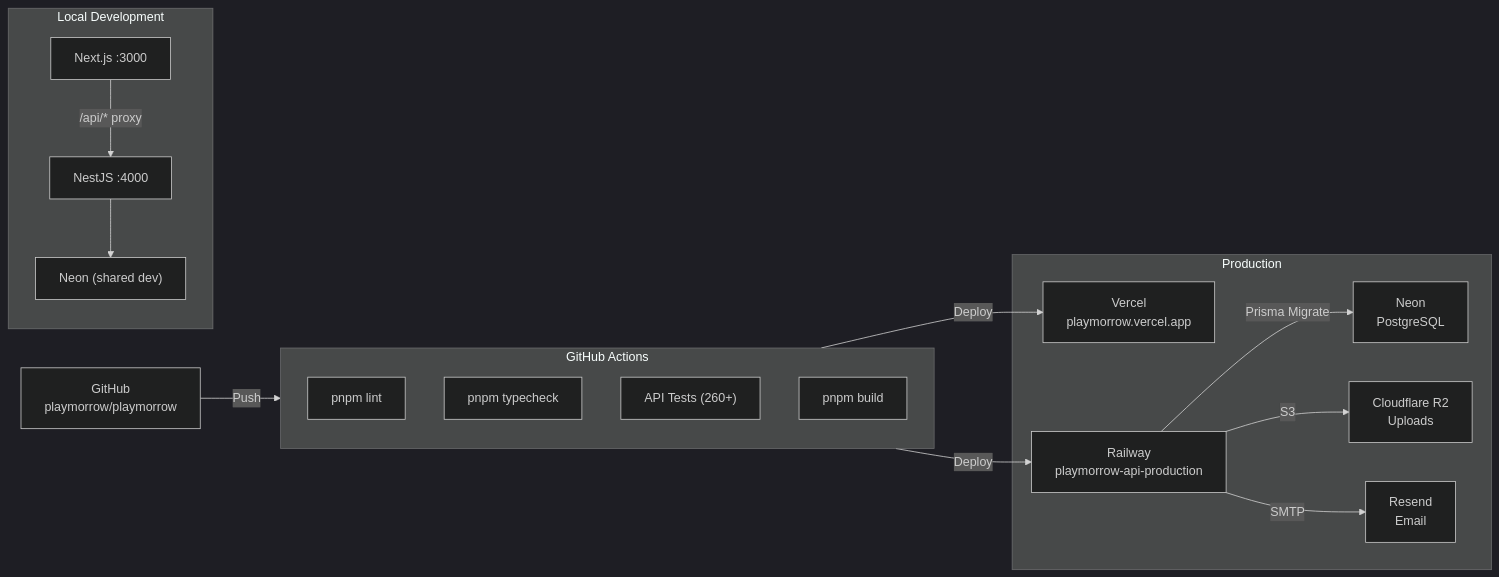
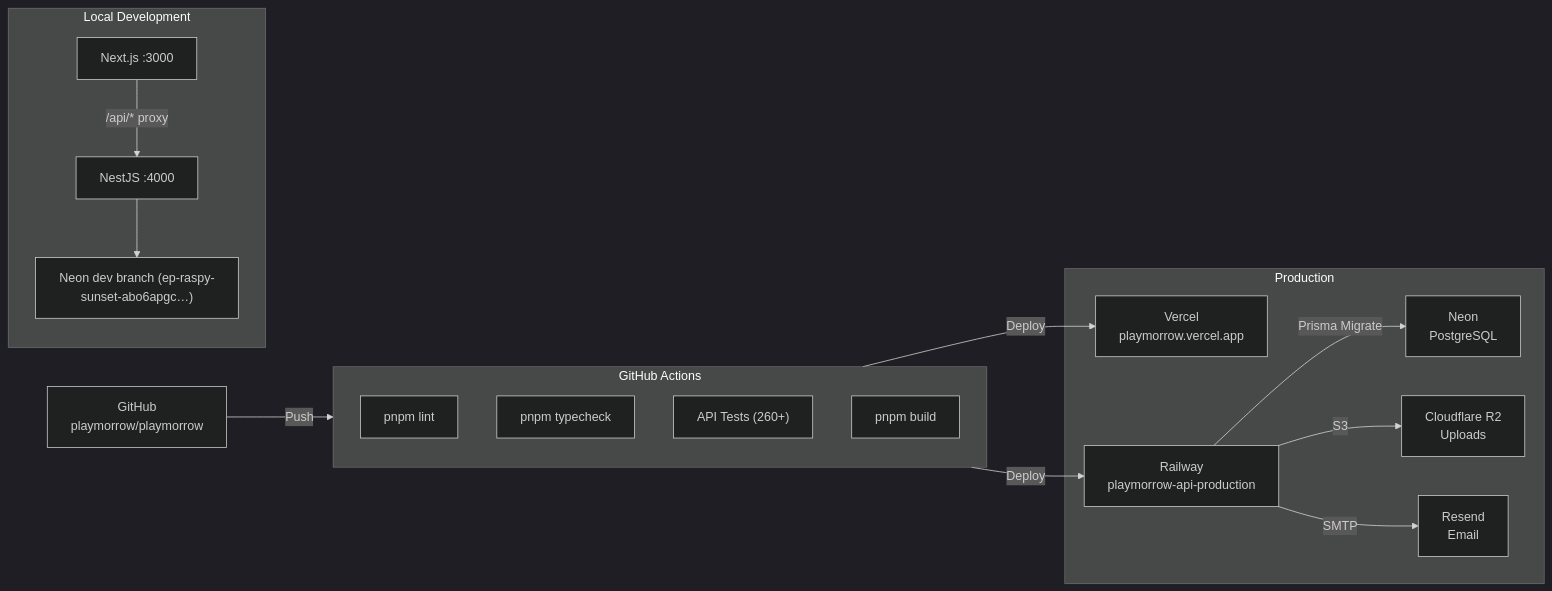
Before and after one commit to ricardocesidio/playmorrow: the fifth of 5 diagrams in ARCHITECTURE.md, drawn with Mermaid (dark theme). The commit also changed other lines of this file and 16 other files, not shown here.

````diff
--- a/ARCHITECTURE.md
+++ b/ARCHITECTURE.md
@@ -457,32 +457,32 @@
 ```mermaid
 flowchart LR
     subgraph Production
         Vercel["Vercel<br/>playmorrow.vercel.app"]
         Railway["Railway<br/>playmorrow-api-production"]
         NeonDB["Neon<br/>PostgreSQL"]
         R2["Cloudflare R2<br/>Uploads"]
         Resend["Resend<br/>Email"]
     end
 
     subgraph CI [GitHub Actions]
         Lint["pnpm lint"]
         TypeCheck["pnpm typecheck"]
         Test["API Tests (260+)"]
         Build["pnpm build"]
     end
 
     GitHub["GitHub<br/>playmorrow/playmorrow"] -->|Push| CI
     CI -->|Deploy| Vercel
     CI -->|Deploy| Railway
     Railway -->|Prisma Migrate| NeonDB
     Railway -->|S3| R2
     Railway -->|SMTP| Resend
 
     subgraph Dev [Local Development]
         LocalWeb["Next.js :3000"]
         LocalAPI["NestJS :4000"]
-        LocalDB["Neon (shared dev)"]
+        LocalDB["Neon dev branch (ep-raspy-sunset-abo6apgc…)"]
         LocalWeb -->|/api/* proxy| LocalAPI
         LocalAPI --> LocalDB
     end
 ```
````
